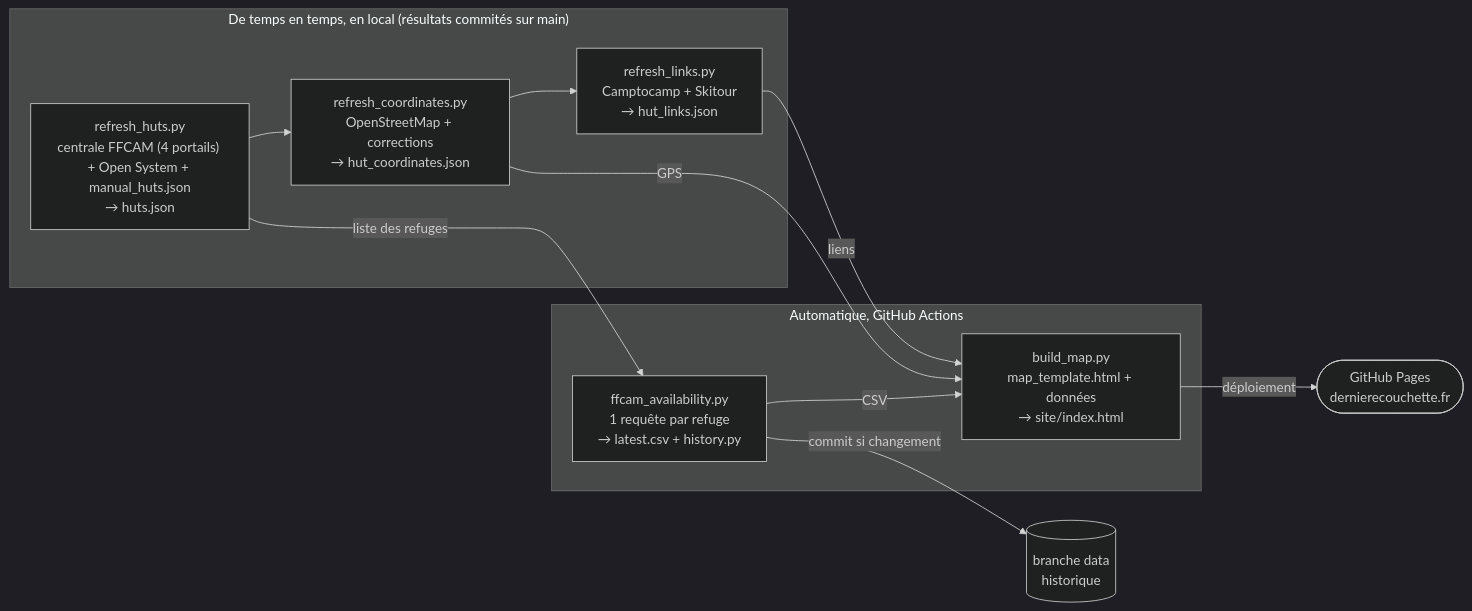
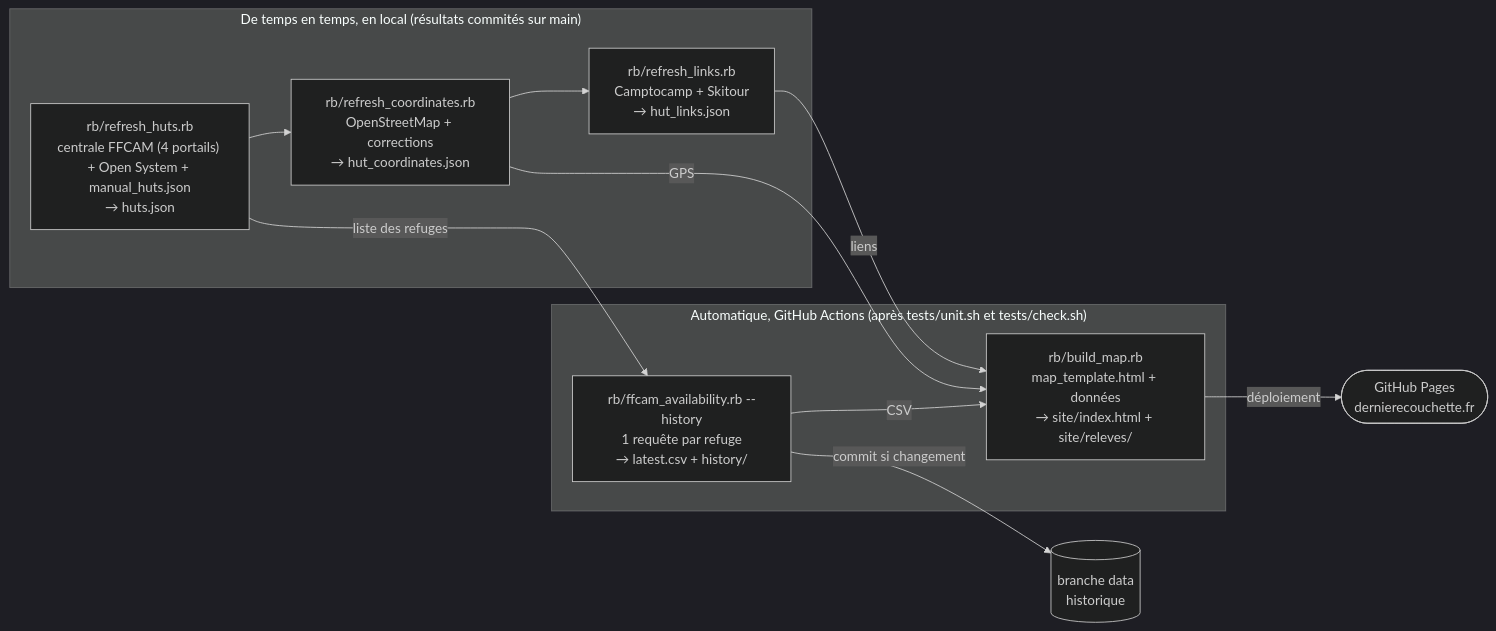
Before and after one commit to jor-di/ffcam-huts: the diagram in HANDOVER.md, drawn with Mermaid (dark theme). The commit also changed other lines of this file and 608 other files, not shown here.

````diff
--- a/HANDOVER.md
+++ b/HANDOVER.md
@@ -28,19 +29,19 @@
 ```mermaid
 flowchart LR
   subgraph local["De temps en temps, en local (résultats commités sur main)"]
-    huts["refresh_huts.py<br/>centrale FFCAM (4 portails) + Open System + manual_huts.json<br/>→ huts.json"]
-    coords["refresh_coordinates.py<br/>OpenStreetMap + corrections<br/>→ hut_coordinates.json"]
-    links["refresh_links.py<br/>Camptocamp + Skitour<br/>→ hut_links.json"]
+    huts["rb/refresh_huts.rb<br/>centrale FFCAM (4 portails) + Open System + manual_huts.json<br/>→ huts.json"]
+    coords["rb/refresh_coordinates.rb<br/>OpenStreetMap + corrections<br/>→ hut_coordinates.json"]
+    links["rb/refresh_links.rb<br/>Camptocamp + Skitour<br/>→ hut_links.json"]
     huts --> coords --> links
   end
-  subgraph auto["Automatique, GitHub Actions"]
-    avail["ffcam_availability.py<br/>1 requête par refuge<br/>→ latest.csv + history.py"]
-    build["build_map.py<br/>map_template.html + données<br/>→ site/index.html"]
+  subgraph auto["Automatique, GitHub Actions (après tests/unit.sh et tests/check.sh)"]
+    avail["rb/ffcam_availability.rb --history<br/>1 requête par refuge<br/>→ latest.csv + history/"]
+    build["rb/build_map.rb<br/>map_template.html + données<br/>→ site/index.html + site/releves/"]
     avail -- CSV --> build
   end
   huts -- liste des refuges --> avail
   coords -- GPS --> build
   links -- liens --> build
   avail -- commit si changement --> data[("branche data<br/>historique")]
   build -- déploiement --> pages(["GitHub Pages<br/>dernierecouchette.fr"])
 ```
````
